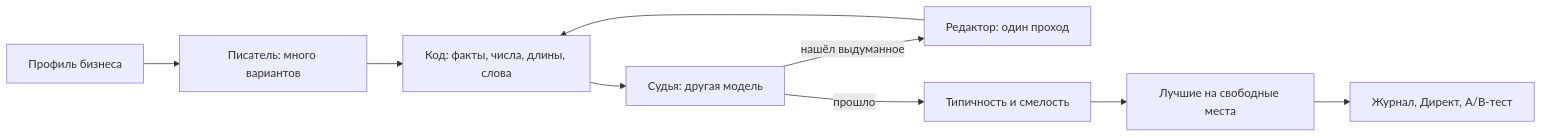
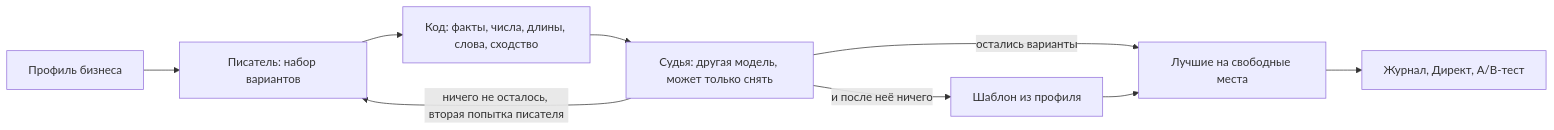
Before and after one commit to andreimelneichuk/Add-Helper: the diagram in docs/technical/03-autopilot-and-ai.md, drawn with Mermaid. The commit also changed other lines of this file and 7 other files, not shown here.

````diff
--- a/docs/technical/03-autopilot-and-ai.md
+++ b/docs/technical/03-autopilot-and-ai.md
@@ -78,11 +75,11 @@
 ```mermaid
 flowchart LR
-  S[Профиль бизнеса] --> W[Писатель: много вариантов]
-  W --> C[Код: факты, числа, длины, слова]
-  C --> J[Судья: другая модель]
-  J -- нашёл выдуманное --> E[Редактор: один проход]
-  E --> C
-  J -- прошло --> T[Типичность и смелость]
-  T --> L[Лучшие на свободные места]
+  S[Профиль бизнеса] --> W[Писатель: набор вариантов]
+  W --> C[Код: факты, числа, длины, слова, сходство]
+  C --> J[Судья: другая модель, может только снять]
+  J -- остались варианты --> L[Лучшие на свободные места]
+  J -- ничего не осталось, вторая попытка писателя --> W
+  J -- и после неё ничего --> T[Шаблон из профиля]
+  T --> L
   L --> P[Журнал, Директ, A/B-тест]
 ```
````
